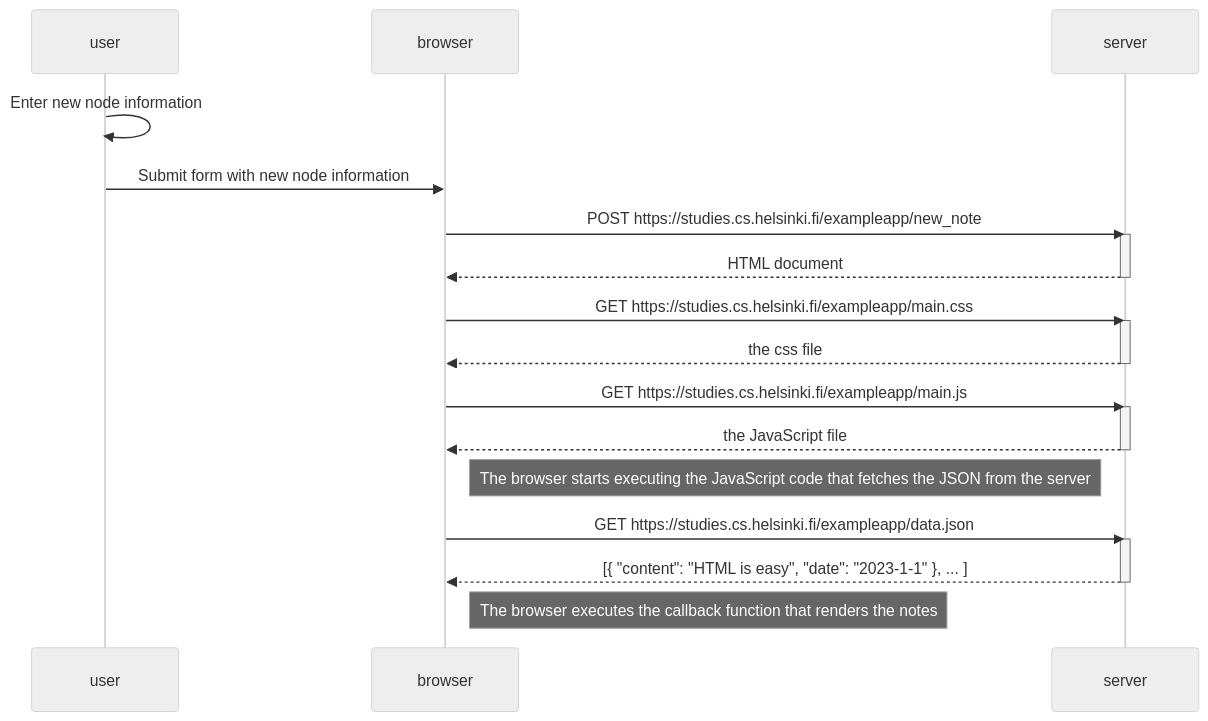
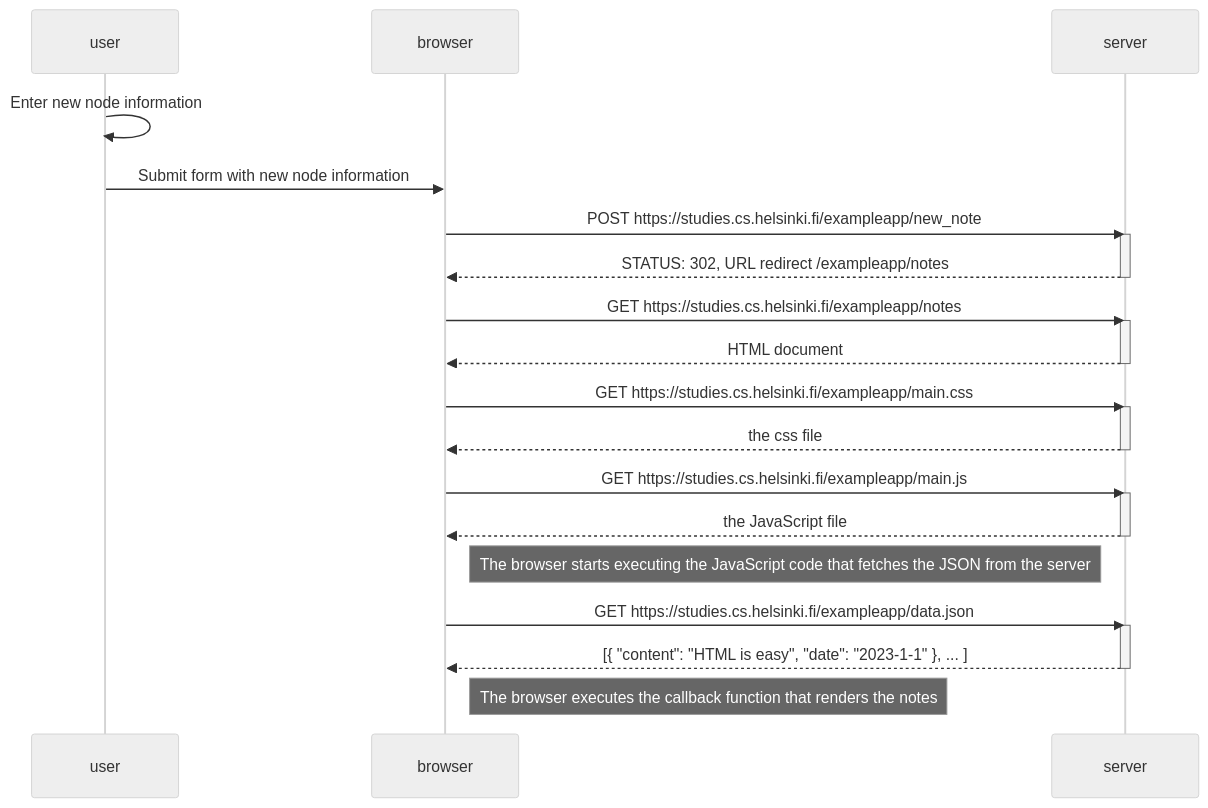
Before and after one commit to DreamingOwl/mermaid-markdown-practice: the diagram in readme.md, drawn with Mermaid (neutral theme).

````diff
--- a/readme.md
+++ b/readme.md
@@ -1,35 +1,40 @@
 ```mermaid
 
 sequenceDiagram
     participant user
     participant browser
     participant server
     
     user->>user: Enter new node information
     user->>browser: Submit form with new node information
     
     browser->>server: POST https://studies.cs.helsinki.fi/exampleapp/new_note
+    activate server
+    server-->>browser: STATUS: 302, URL redirect /exampleapp/notes
+    deactivate server
+
+    browser->>server: GET https://studies.cs.helsinki.fi/exampleapp/notes
     activate server
     server-->>browser: HTML document
     deactivate server
 
     browser->>server: GET https://studies.cs.helsinki.fi/exampleapp/main.css
     activate server
     server-->>browser: the css file
     deactivate server
 
     browser->>server: GET https://studies.cs.helsinki.fi/exampleapp/main.js
     activate server
     server-->>browser: the JavaScript file
     deactivate server
 
     Note right of browser: The browser starts executing the JavaScript code that fetches the JSON from the server
 
     browser->>server: GET https://studies.cs.helsinki.fi/exampleapp/data.json
     activate server
     server-->>browser: [{ "content": "HTML is easy", "date": "2023-1-1" }, ... ]
     deactivate server
 
     Note right of browser: The browser executes the callback function that renders the notes
 
 ```
````
